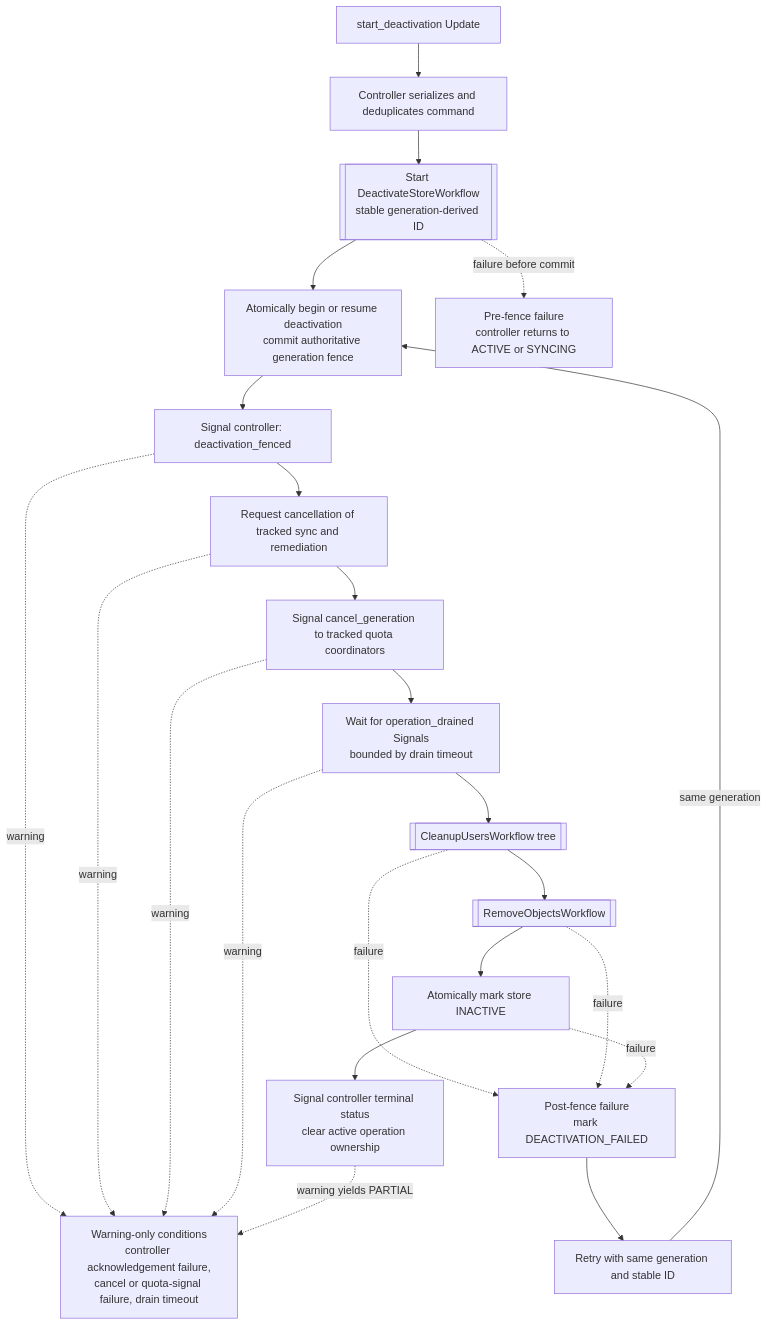
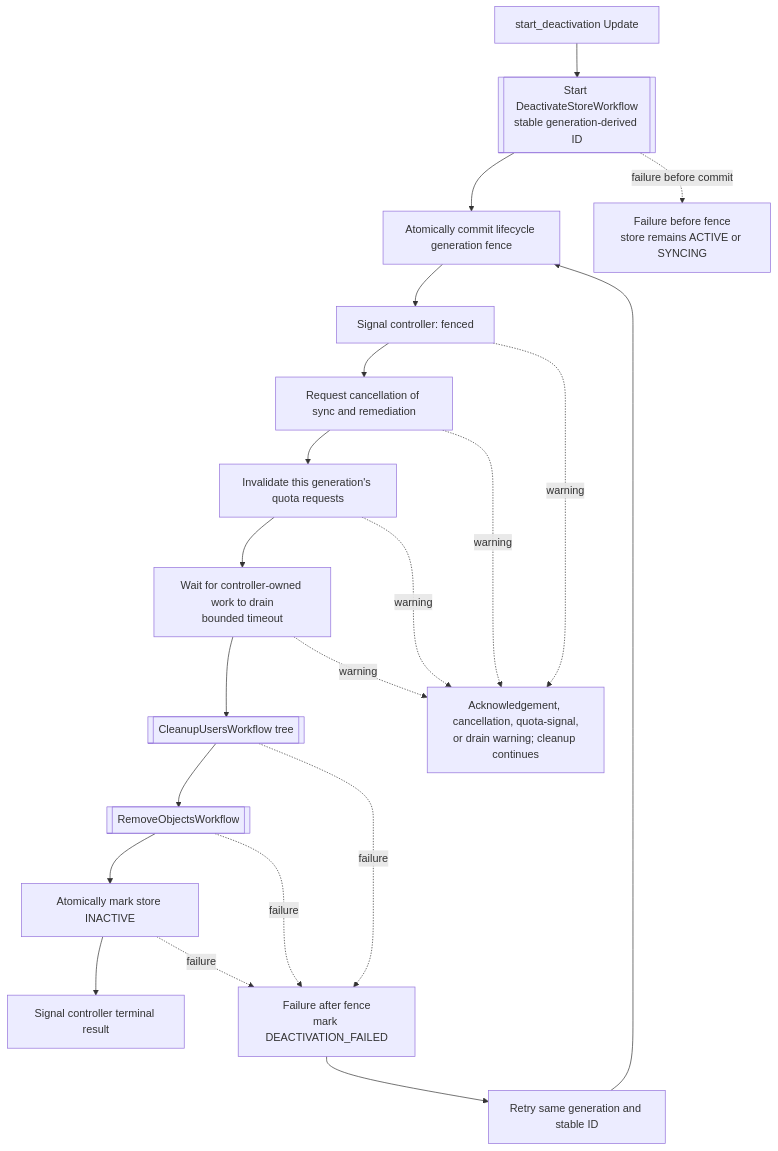
Before and after one commit to temporal-sa/golden-retriever: the sixth of 6 diagrams in docs/workflow-topology.md, drawn with Mermaid. The commit also changed other lines of this file and 42 other files, not shown here.

````diff
--- a/docs/workflow-topology.md
+++ b/docs/workflow-topology.md
@@ -180,33 +232,29 @@
 ```mermaid
 flowchart TB
     command["start_deactivation Update"]
-    serialize["Controller serializes and deduplicates command"]
     start[["Start DeactivateStoreWorkflow<br/>stable generation-derived ID"]]
-    fence["Atomically begin or resume deactivation<br/>commit authoritative generation fence"]
-    acknowledged["Signal controller: deactivation_fenced"]
-    cancel["Request cancellation of tracked sync and remediation"]
-    invalidate["Signal cancel_generation to tracked quota coordinators"]
-    drain["Wait for operation_drained Signals<br/>bounded by drain timeout"]
+    fence["Atomically commit lifecycle generation fence"]
+    acknowledge["Signal controller: fenced"]
+    cancel["Request cancellation of sync and remediation"]
+    quota["Invalidate this generation's quota requests"]
+    drain["Wait for controller-owned work to drain<br/>bounded timeout"]
     users[["CleanupUsersWorkflow tree"]]
     objects[["RemoveObjectsWorkflow"]]
     inactive["Atomically mark store INACTIVE"]
-    terminal["Signal controller terminal status<br/>clear active operation ownership"]
-    preFenceFailure["Pre-fence failure<br/>controller returns to ACTIVE or SYNCING"]
-    postFenceFailure["Post-fence failure<br/>mark DEACTIVATION_FAILED"]
-    warning["Warning-only conditions<br/>controller acknowledgement failure,<br/>cancel or quota-signal failure, drain timeout"]
-    resume["Retry with same generation and stable ID"]
+    terminal["Signal controller terminal result"]
+    prefail["Failure before fence<br/>store remains ACTIVE or SYNCING"]
+    postfail["Failure after fence<br/>mark DEACTIVATION_FAILED"]
+    retry["Retry same generation and stable ID"]
+    partial["Acknowledgement, cancellation, quota-signal,<br/>or drain warning; cleanup continues"]
 
-    command --> serialize --> start --> fence
-    fence --> acknowledged --> cancel --> invalidate --> drain --> users --> objects --> inactive --> terminal
-
-    start -.->|"failure before commit"| preFenceFailure
-    acknowledged -.->|"warning"| warning
-    cancel -.->|"warning"| warning
-    invalidate -.->|"warning"| warning
-    drain -.->|"warning"| warning
-    users -.->|"failure"| postFenceFailure
-    objects -.->|"failure"| postFenceFailure
-    inactive -.->|"failure"| postFenceFailure
-    terminal -.->|"warning yields PARTIAL"| warning
-    postFenceFailure --> resume -->|"same generation"| fence
+    command --> start --> fence --> acknowledge --> cancel --> quota --> drain --> users --> objects --> inactive --> terminal
+    start -.->|"failure before commit"| prefail
+    acknowledge -.->|"warning"| partial
+    cancel -.->|"warning"| partial
+    quota -.->|"warning"| partial
+    drain -.->|"warning"| partial
+    users -.->|"failure"| postfail
+    objects -.->|"failure"| postfail
+    inactive -.->|"failure"| postfail
+    postfail --> retry --> fence
 ```
````
